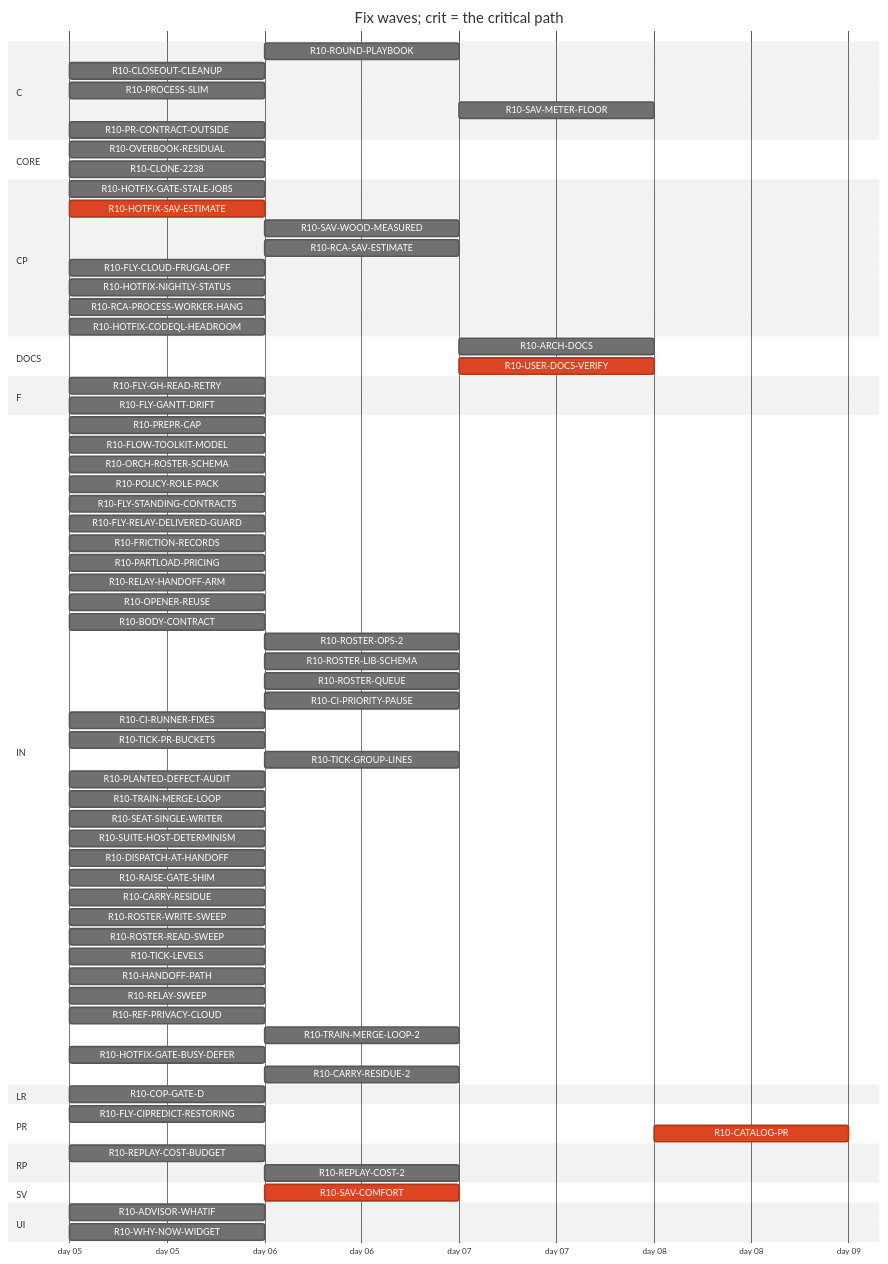
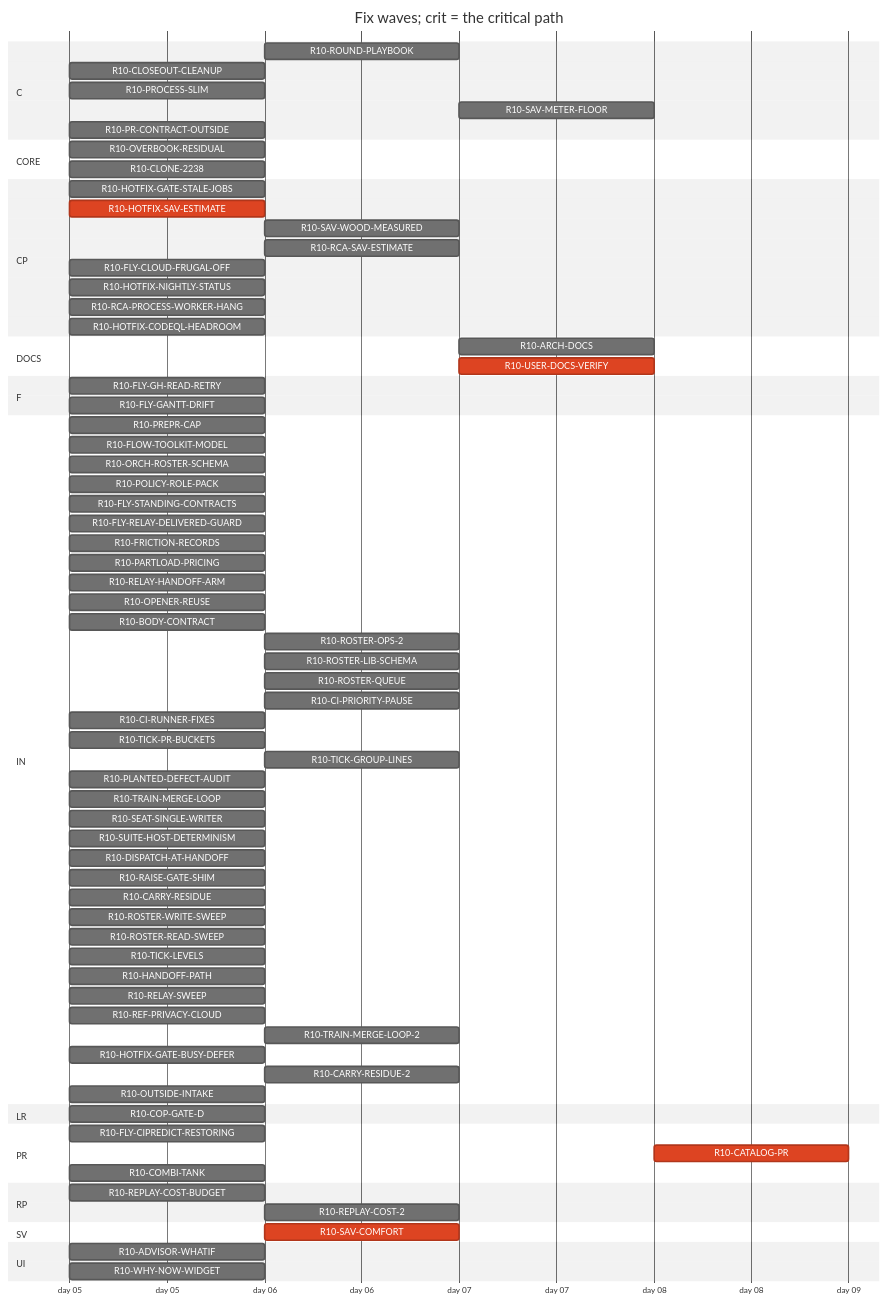
Before and after one commit to tvofi/heatpump_optimizer: the diagram in handoff/round10/state/PLAN-TABLE.md, drawn with Mermaid (neutral theme). The commit also changed other lines of this file and 4 other files, not shown here.

Commit message:
state: FLOW-BOARD.md, NEXT-SESSION-PROMPT.md, PLAN-TABLE.md, PLAN.html, RESUME-CURRENT.md regenerated (state_docs.py)

````diff
--- a/handoff/round10/state/PLAN-TABLE.md
+++ b/handoff/round10/state/PLAN-TABLE.md
@@ -24,78 +24,80 @@
 ```mermaid
 gantt
   title Fix waves; crit = the critical path
   dateFormat YYYY-MM-DD
   axisFormat day %d
   section C
     R10-ROUND-PLAYBOOK :r10ROUNDPLAYBOOK, after r10PREPRCAP r10HANDOFFPATH r10RELAYSWEEP r10TRAINMERGELOOP r10DISPATCHATHANDOFF r10BODYCONTRACT r10TICKLEVELS r10CIPRIORITYPAUSE r10ROSTERWRITESWEEP r10ROSTERREADSWEEP r10FLYSTANDINGCONTRACTS r10POLICYROLEPACK r10FRICTIONRECORDS r10FLOWTOOLKITMODEL r10CIRUNNERFIXES r10FLYCIPREDICTRESTORING r10RAISEGATESHIM r10PLANTEDDEFECTAUDIT r10FLYGHREADRETRY r10SUITEHOSTDETERMINISM, 1d
     R10-CLOSEOUT-CLEANUP :r10CLOSEOUTCLEANUP, 2026-01-05, 1d
     R10-PROCESS-SLIM :r10PROCESSSLIM, 2026-01-05, 1d
     R10-SAV-METER-FLOOR :r10SAVMETERFLOOR, after r10HOTFIXSAVESTIMATE r10SAVCOMFORT, 1d
     R10-PR-CONTRACT-OUTSIDE :r10PRCONTRACTOUTSIDE, 2026-01-05, 1d
   section CORE
     R10-OVERBOOK-RESIDUAL :r10OVERBOOKRESIDUAL, 2026-01-05, 1d
     R10-CLONE-2238 :r10CLONE2238, 2026-01-05, 1d
   section CP
     R10-HOTFIX-GATE-STALE-JOBS :r10HOTFIXGATESTALEJOBS, 2026-01-05, 1d
     R10-HOTFIX-SAV-ESTIMATE :crit, r10HOTFIXSAVESTIMATE, 2026-01-05, 1d
     R10-SAV-WOOD-MEASURED :r10SAVWOODMEASURED, after r10HOTFIXSAVESTIMATE, 1d
     R10-RCA-SAV-ESTIMATE :r10RCASAVESTIMATE, after r10HOTFIXSAVESTIMATE, 1d
     R10-FLY-CLOUD-FRUGAL-OFF :r10FLYCLOUDFRUGALOFF, 2026-01-05, 1d
     R10-HOTFIX-NIGHTLY-STATUS :r10HOTFIXNIGHTLYSTATUS, 2026-01-05, 1d
     R10-RCA-PROCESS-WORKER-HANG :r10RCAPROCESSWORKERHANG, 2026-01-05, 1d
     R10-HOTFIX-CODEQL-HEADROOM :r10HOTFIXCODEQLHEADROOM, 2026-01-05, 1d
   section DOCS
     R10-ARCH-DOCS :r10ARCHDOCS, after r10CARRYRESIDUE r10OVERBOOKRESIDUAL r10CLONE2238 r10SAVCOMFORT r10COPGATED r10WHYNOWWIDGET r10PARTLOADPRICING r10ADVISORWHATIF r10REPLAYCOSTBUDGET r10PREPRCAP r10HANDOFFPATH r10RELAYSWEEP r10TRAINMERGELOOP r10DISPATCHATHANDOFF r10BODYCONTRACT r10TICKLEVELS r10CIPRIORITYPAUSE r10ROSTERWRITESWEEP r10ROSTERREADSWEEP r10FLYSTANDINGCONTRACTS r10POLICYROLEPACK r10FRICTIONRECORDS r10FLOWTOOLKITMODEL r10CIRUNNERFIXES r10FLYCIPREDICTRESTORING r10RAISEGATESHIM r10PLANTEDDEFECTAUDIT r10FLYGHREADRETRY r10SUITEHOSTDETERMINISM, 1d
     R10-USER-DOCS-VERIFY :crit, r10USERDOCSVERIFY, after r10CARRYRESIDUE r10OVERBOOKRESIDUAL r10CLONE2238 r10SAVCOMFORT r10COPGATED r10WHYNOWWIDGET r10PARTLOADPRICING r10ADVISORWHATIF r10REPLAYCOSTBUDGET, 1d
   section F
     R10-FLY-GH-READ-RETRY :r10FLYGHREADRETRY, 2026-01-05, 1d
     R10-FLY-GANTT-DRIFT :r10FLYGANTTDRIFT, 2026-01-05, 1d
   section IN
     R10-PREPR-CAP :r10PREPRCAP, 2026-01-05, 1d
     R10-FLOW-TOOLKIT-MODEL :r10FLOWTOOLKITMODEL, 2026-01-05, 1d
     R10-ORCH-ROSTER-SCHEMA :r10ORCHROSTERSCHEMA, 2026-01-05, 1d
     R10-POLICY-ROLE-PACK :r10POLICYROLEPACK, 2026-01-05, 1d
     R10-FLY-STANDING-CONTRACTS :r10FLYSTANDINGCONTRACTS, 2026-01-05, 1d
     R10-FLY-RELAY-DELIVERED-GUARD :r10FLYRELAYDELIVEREDGUARD, 2026-01-05, 1d
     R10-FRICTION-RECORDS :r10FRICTIONRECORDS, 2026-01-05, 1d
     R10-PARTLOAD-PRICING :r10PARTLOADPRICING, 2026-01-05, 1d
     R10-RELAY-HANDOFF-ARM :r10RELAYHANDOFFARM, 2026-01-05, 1d
     R10-OPENER-REUSE :r10OPENERREUSE, 2026-01-05, 1d
     R10-BODY-CONTRACT :r10BODYCONTRACT, 2026-01-05, 1d
     R10-ROSTER-OPS-2 :r10ROSTEROPS2, after r10ORCHROSTERSCHEMA, 1d
     R10-ROSTER-LIB-SCHEMA :r10ROSTERLIBSCHEMA, after r10ORCHROSTERSCHEMA, 1d
     R10-ROSTER-QUEUE :r10ROSTERQUEUE, after r10ORCHROSTERSCHEMA, 1d
     R10-CI-PRIORITY-PAUSE :r10CIPRIORITYPAUSE, after r10TICKLEVELS, 1d
     R10-CI-RUNNER-FIXES :r10CIRUNNERFIXES, 2026-01-05, 1d
     R10-TICK-PR-BUCKETS :r10TICKPRBUCKETS, 2026-01-05, 1d
     R10-TICK-GROUP-LINES :r10TICKGROUPLINES, after r10ORCHROSTERSCHEMA, 1d
     R10-PLANTED-DEFECT-AUDIT :r10PLANTEDDEFECTAUDIT, 2026-01-05, 1d
     R10-TRAIN-MERGE-LOOP :r10TRAINMERGELOOP, 2026-01-05, 1d
     R10-SEAT-SINGLE-WRITER :r10SEATSINGLEWRITER, 2026-01-05, 1d
     R10-SUITE-HOST-DETERMINISM :r10SUITEHOSTDETERMINISM, 2026-01-05, 1d
     R10-DISPATCH-AT-HANDOFF :r10DISPATCHATHANDOFF, 2026-01-05, 1d
     R10-RAISE-GATE-SHIM :r10RAISEGATESHIM, 2026-01-05, 1d
     R10-CARRY-RESIDUE :r10CARRYRESIDUE, 2026-01-05, 1d
     R10-ROSTER-WRITE-SWEEP :r10ROSTERWRITESWEEP, 2026-01-05, 1d
     R10-ROSTER-READ-SWEEP :r10ROSTERREADSWEEP, 2026-01-05, 1d
     R10-TICK-LEVELS :r10TICKLEVELS, 2026-01-05, 1d
     R10-HANDOFF-PATH :r10HANDOFFPATH, 2026-01-05, 1d
     R10-RELAY-SWEEP :r10RELAYSWEEP, 2026-01-05, 1d
     R10-REF-PRIVACY-CLOUD :r10REFPRIVACYCLOUD, 2026-01-05, 1d
     R10-TRAIN-MERGE-LOOP-2 :r10TRAINMERGELOOP2, after r10TRAINMERGELOOP, 1d
     R10-HOTFIX-GATE-BUSY-DEFER :r10HOTFIXGATEBUSYDEFER, 2026-01-05, 1d
     R10-CARRY-RESIDUE-2 :r10CARRYRESIDUE2, after r10CARRYRESIDUE, 1d
+    R10-OUTSIDE-INTAKE :r10OUTSIDEINTAKE, 2026-01-05, 1d
   section LR
     R10-COP-GATE-D :r10COPGATED, 2026-01-05, 1d
   section PR
     R10-FLY-CIPREDICT-RESTORING :r10FLYCIPREDICTRESTORING, 2026-01-05, 1d
     R10-CATALOG-PR :crit, r10CATALOGPR, after r10USERDOCSVERIFY r10ARCHDOCS r10ROUNDPLAYBOOK r10CLOSEOUTCLEANUP, 1d
+    R10-COMBI-TANK :r10COMBITANK, 2026-01-05, 1d
   section RP
     R10-REPLAY-COST-BUDGET :r10REPLAYCOSTBUDGET, 2026-01-05, 1d
     R10-REPLAY-COST-2 :r10REPLAYCOST2, after r10REPLAYCOSTBUDGET, 1d
   section SV
     R10-SAV-COMFORT :crit, r10SAVCOMFORT, after r10HOTFIXSAVESTIMATE, 1d
   section UI
     R10-ADVISOR-WHATIF :r10ADVISORWHATIF, 2026-01-05, 1d
     R10-WHY-NOW-WIDGET :r10WHYNOWWIDGET, 2026-01-05, 1d
 ```
````
